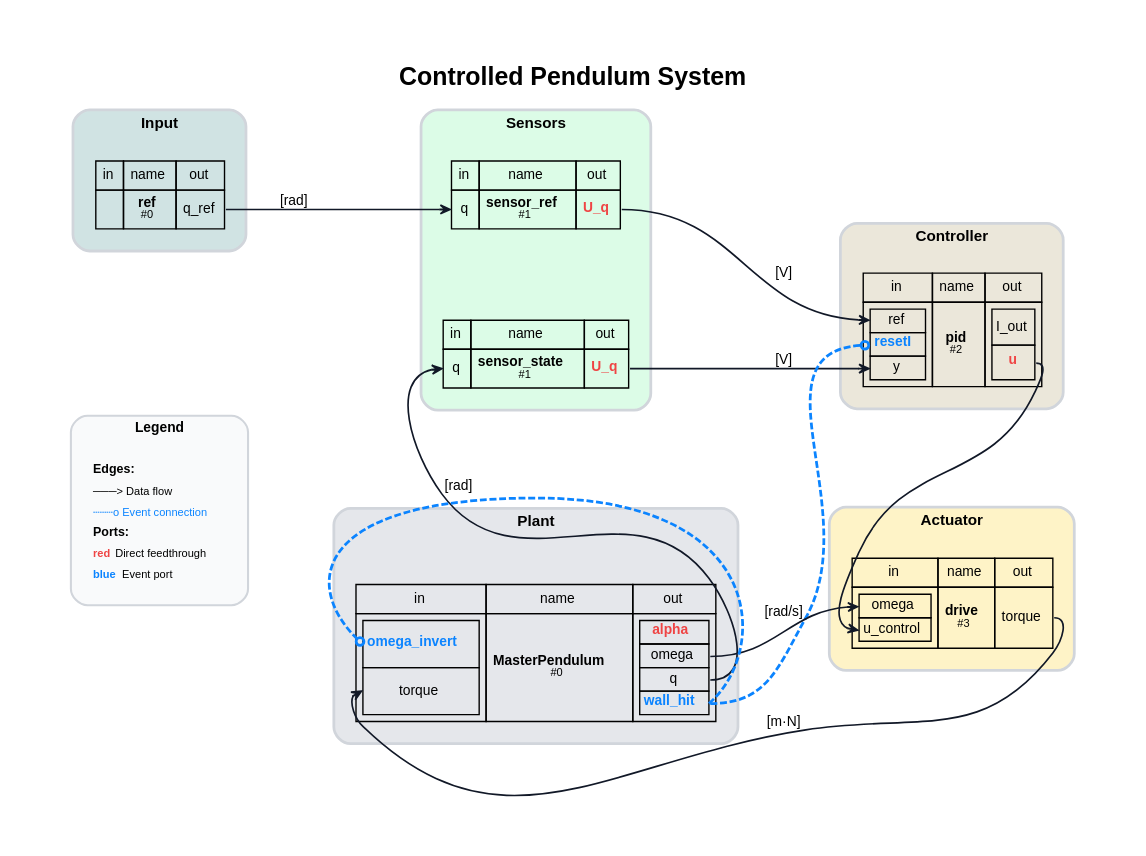
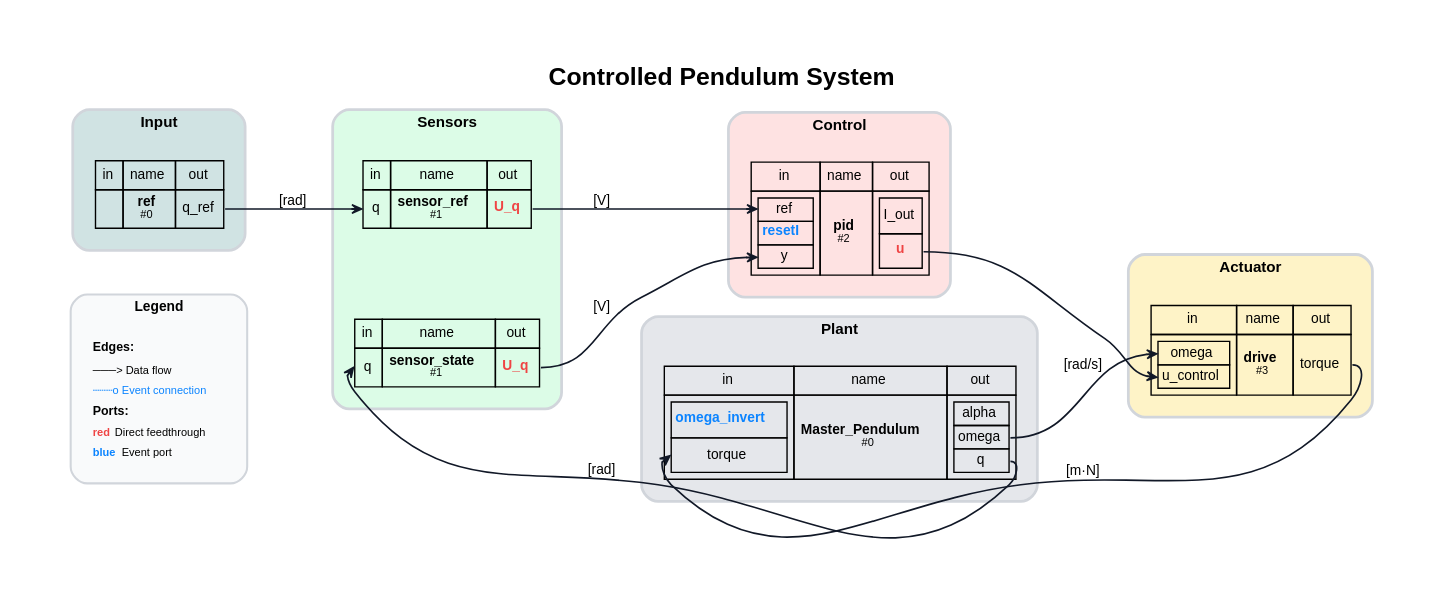
The diagram in demos/ControlledPendulum/Digraph.gv (FlorianFrech/SystemSimulation), drawn with Graphviz before and after one commit. The commit also changed 84 other files, not shown here.

```diff
--- a/demos/ControlledPendulum/Digraph.gv
+++ b/demos/ControlledPendulum/Digraph.gv
@@ -1,49 +1,47 @@
 // System: Controlled Pendulum System
 digraph {
 	graph [bgcolor=white compound=true esep=0 fontname="Helvetica-Bold" fontsize=18 label="Controlled Pendulum System" labelloc=t margin=0.2 nodesep=0.8 pad=0.5 rankdir=LR ranksep=0.8 sep=0 splines=true]
 	node [fillcolor=white fontname=Helvetica fontsize=10 margin="0.05,0.05" shape=plaintext style=""]
 	edge [arrowhead=vee arrowsize=0.7 arrowtail=none color="#111827" dir=forward fontname=Helvetica fontsize=10 labelangle=45 labelfontcolor="#374151" minlen=1.2 penwidth=1.2]
 	subgraph cluster_legend {
 		bgcolor="#f9fafb" color="#d1d5db" fontname="Helvetica-Bold" fontsize=10 label=Legend margin=8 penwidth=1.5 rank=sink style=rounded
 		legend_node [label=<
             <TABLE BORDER="0" CELLBORDER="0" CELLSPACING="2" CELLPADDING="2">
                 <TR><TD ALIGN="LEFT"><FONT POINT-SIZE="9"><B>Edges:</B></FONT></TD></TR>
                 <TR><TD ALIGN="LEFT"><FONT POINT-SIZE="8">───&gt; Data flow</FONT></TD></TR>
                 <TR><TD ALIGN="LEFT"><FONT POINT-SIZE="8" COLOR="#0b84ff">┄┄┄o Event connection</FONT></TD></TR>
                 <TR><TD ALIGN="LEFT"><FONT POINT-SIZE="9"><B>Ports:</B></FONT></TD></TR>
                 <TR><TD ALIGN="LEFT"><FONT POINT-SIZE="8" COLOR="#ef4444"><B>red</B></FONT> Direct feedthrough</TD></TR>
                 <TR><TD ALIGN="LEFT"><FONT POINT-SIZE="8" COLOR="#0b84ff"><B>blue</B></FONT> Event port</TD></TR>
             </TABLE>
             > fontsize=8 shape=plaintext]
 	}
 	subgraph cluster_Input {
 		bgcolor="#d0e3e3" color="#d1d5db" fontname="Helvetica-Bold" fontsize=11 label=Input margin=12 penwidth=2 style=rounded
 		ref [label=<<TABLE BORDER="0" CELLBORDER="1" CELLSPACING="0" CELLPADDING="4"><TR><TD>in</TD><TD>name</TD><TD>out</TD></TR><TR><TD></TD><TD><B>ref</B><BR/><FONT POINT-SIZE="8">#0</FONT></TD><TD PORT="q_ref">q_ref</TD></TR></TABLE>>]
 	}
 	subgraph cluster_Sensors {
 		bgcolor="#dcfce7" color="#d1d5db" fontname="Helvetica-Bold" fontsize=11 label=Sensors margin=12 penwidth=2 style=rounded
 		sensor_ref [label=<<TABLE BORDER="0" CELLBORDER="1" CELLSPACING="0" CELLPADDING="4"><TR><TD>in</TD><TD>name</TD><TD>out</TD></TR><TR><TD PORT="q">q</TD><TD><B>sensor_ref</B><BR/><FONT POINT-SIZE="8">#1</FONT></TD><TD PORT="U_q"><FONT COLOR="#ef4444"><B>U_q</B></FONT></TD></TR></TABLE>>]
 		sensor_state [label=<<TABLE BORDER="0" CELLBORDER="1" CELLSPACING="0" CELLPADDING="4"><TR><TD>in</TD><TD>name</TD><TD>out</TD></TR><TR><TD PORT="q">q</TD><TD><B>sensor_state</B><BR/><FONT POINT-SIZE="8">#1</FONT></TD><TD PORT="U_q"><FONT COLOR="#ef4444"><B>U_q</B></FONT></TD></TR></TABLE>>]
 	}
-	subgraph cluster_Controller {
-		bgcolor="#ebe7da" color="#d1d5db" fontname="Helvetica-Bold" fontsize=11 label=Controller margin=12 penwidth=2 style=rounded
+	subgraph cluster_Control {
+		bgcolor="#fee2e2" color="#d1d5db" fontname="Helvetica-Bold" fontsize=11 label=Control margin=12 penwidth=2 style=rounded
 		pid [label=<<TABLE BORDER="0" CELLBORDER="1" CELLSPACING="0" CELLPADDING="4"><TR><TD>in</TD><TD>name</TD><TD>out</TD></TR><TR><TD><TABLE BORDER="0" CELLBORDER="1" CELLSPACING="0" CELLPADDING="2"><TR><TD PORT="ref">ref</TD></TR><TR><TD PORT="resetI"><FONT COLOR="#0b84ff"><B>resetI</B></FONT></TD></TR><TR><TD PORT="y">y</TD></TR></TABLE></TD><TD><B>pid</B><BR/><FONT POINT-SIZE="8">#2</FONT></TD><TD><TABLE BORDER="0" CELLBORDER="1" CELLSPACING="0" CELLPADDING="2"><TR><TD PORT="I_out">I_out</TD></TR><TR><TD PORT="u"><FONT COLOR="#ef4444"><B>u</B></FONT></TD></TR></TABLE></TD></TR></TABLE>>]
 	}
 	subgraph cluster_Actuator {
 		bgcolor="#fef3c7" color="#d1d5db" fontname="Helvetica-Bold" fontsize=11 label=Actuator margin=12 penwidth=2 style=rounded
 		drive [label=<<TABLE BORDER="0" CELLBORDER="1" CELLSPACING="0" CELLPADDING="4"><TR><TD>in</TD><TD>name</TD><TD>out</TD></TR><TR><TD><TABLE BORDER="0" CELLBORDER="1" CELLSPACING="0" CELLPADDING="2"><TR><TD PORT="omega">omega</TD></TR><TR><TD PORT="u_control">u_control</TD></TR></TABLE></TD><TD><B>drive</B><BR/><FONT POINT-SIZE="8">#3</FONT></TD><TD PORT="torque">torque</TD></TR></TABLE>>]
 	}
 	subgraph cluster_Plant {
 		bgcolor="#e5e7eb" color="#d1d5db" fontname="Helvetica-Bold" fontsize=11 label=Plant margin=12 penwidth=2 style=rounded
-		MasterPendulum [label=<<TABLE BORDER="0" CELLBORDER="1" CELLSPACING="0" CELLPADDING="4"><TR><TD>in</TD><TD>name</TD><TD>out</TD></TR><TR><TD><TABLE BORDER="0" CELLBORDER="1" CELLSPACING="0" CELLPADDING="2"><TR><TD PORT="omega_invert"><FONT COLOR="#0b84ff"><B>omega_invert</B></FONT></TD></TR><TR><TD PORT="torque">torque</TD></TR></TABLE></TD><TD><B>MasterPendulum</B><BR/><FONT POINT-SIZE="8">#0</FONT></TD><TD><TABLE BORDER="0" CELLBORDER="1" CELLSPACING="0" CELLPADDING="2"><TR><TD PORT="alpha"><FONT COLOR="#ef4444"><B>alpha</B></FONT></TD></TR><TR><TD PORT="omega">omega</TD></TR><TR><TD PORT="q">q</TD></TR><TR><TD PORT="wall_hit"><FONT COLOR="#0b84ff"><B>wall_hit</B></FONT></TD></TR></TABLE></TD></TR></TABLE>>]
+		Master_Pendulum [label=<<TABLE BORDER="0" CELLBORDER="1" CELLSPACING="0" CELLPADDING="4"><TR><TD>in</TD><TD>name</TD><TD>out</TD></TR><TR><TD><TABLE BORDER="0" CELLBORDER="1" CELLSPACING="0" CELLPADDING="2"><TR><TD PORT="omega_invert"><FONT COLOR="#0b84ff"><B>omega_invert</B></FONT></TD></TR><TR><TD PORT="torque">torque</TD></TR></TABLE></TD><TD><B>Master_Pendulum</B><BR/><FONT POINT-SIZE="8">#0</FONT></TD><TD><TABLE BORDER="0" CELLBORDER="1" CELLSPACING="0" CELLPADDING="2"><TR><TD PORT="alpha">alpha</TD></TR><TR><TD PORT="omega">omega</TD></TR><TR><TD PORT="q">q</TD></TR></TABLE></TD></TR></TABLE>>]
 	}
 	ref -> sensor_ref [label="[rad]" color="#111827" headclip=true headport="q:w" style=solid tailclip=true tailport="q_ref:e"]
-	MasterPendulum -> sensor_state [label="[rad]" color="#111827" headclip=true headport="q:w" style=solid tailclip=true tailport="q:e"]
+	Master_Pendulum -> sensor_state [label="[rad]" color="#111827" headclip=true headport="q:w" style=solid tailclip=true tailport="q:e"]
 	sensor_ref -> pid [label="[V]" color="#111827" headclip=true headport="ref:w" style=solid tailclip=true tailport="U_q:e"]
 	sensor_state -> pid [label="[V]" color="#111827" headclip=true headport="y:w" style=solid tailclip=true tailport="U_q:e"]
 	pid -> drive [label="" color="#111827" headclip=true headport="u_control:w" style=solid tailclip=true tailport="u:e"]
-	drive -> MasterPendulum [label="[m·N]" color="#111827" headclip=true headport="torque:w" style=solid tailclip=true tailport="torque:e"]
-	MasterPendulum -> drive [label="[rad/s]" color="#111827" headclip=true headport="omega:w" style=solid tailclip=true tailport="omega:e"]
-	MasterPendulum -> MasterPendulum [label="" arrowhead=odot color="#0b84ff" fontcolor="#0b84ff" headclip=true headport="omega_invert:w" penwidth=2.0 style=dashed tailclip=true tailport="wall_hit:e"]
-	MasterPendulum -> pid [label="" arrowhead=odot color="#0b84ff" fontcolor="#0b84ff" headclip=true headport="resetI:w" penwidth=2.0 style=dashed tailclip=true tailport="wall_hit:e"]
+	drive -> Master_Pendulum [label="[m·N]" color="#111827" headclip=true headport="torque:w" style=solid tailclip=true tailport="torque:e"]
+	Master_Pendulum -> drive [label="[rad/s]" color="#111827" headclip=true headport="omega:w" style=solid tailclip=true tailport="omega:e"]
 }
```
